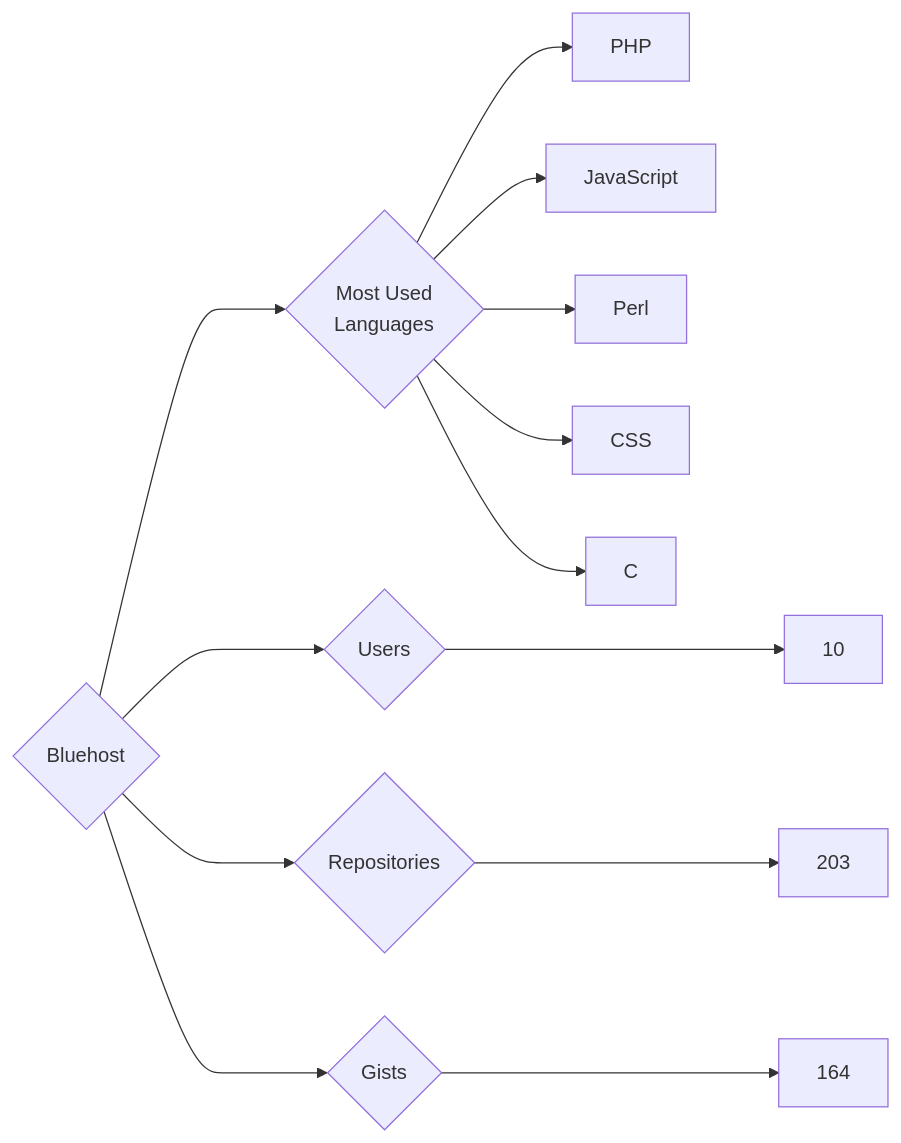
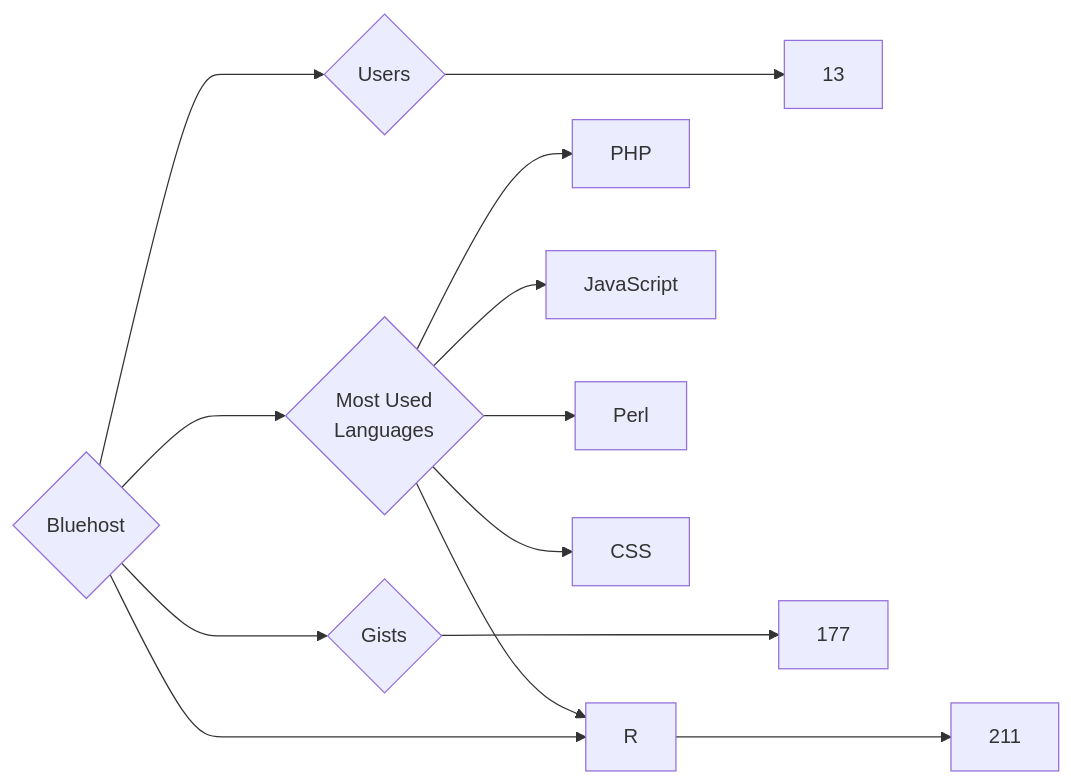
One commit to trickest/insiders changed the diagram in targets/Bluehost/README.md. Above: the diagram before and after it, drawn with Mermaid. The commit also changed 1195 other files, not shown here.

````diff
--- a/targets/Bluehost/README.md
+++ b/targets/Bluehost/README.md
@@ -3,13 +3,13 @@
 ```mermaid
 graph LR
 COMPANY_NAME{Bluehost}
-COMPANY_NAME ---> U{Users} ---> UN[10]
-COMPANY_NAME ---> R{Repositories} ---> RN[203]
-COMPANY_NAME ---> G{Gists} ---> GN[164]
+COMPANY_NAME ---> U{Users} ---> UN[13]
+COMPANY_NAME ---> R{Repositories} ---> RN[211]
+COMPANY_NAME ---> G{Gists} ---> GN[177]
 COMPANY_NAME ---> ML{Most Used<br>Languages}
 ML --> PHP[PHP]
 ML --> JavaScript[JavaScript]
 ML --> Perl[Perl]
 ML --> CSS[CSS]
-ML --> C[C]
+ML --> R[R]
 ```
````
